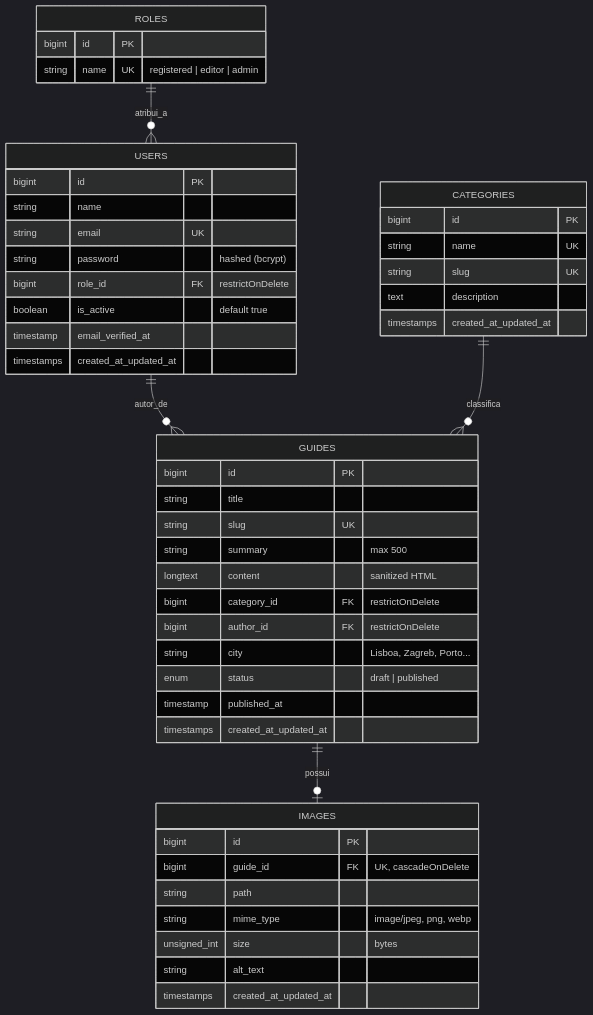
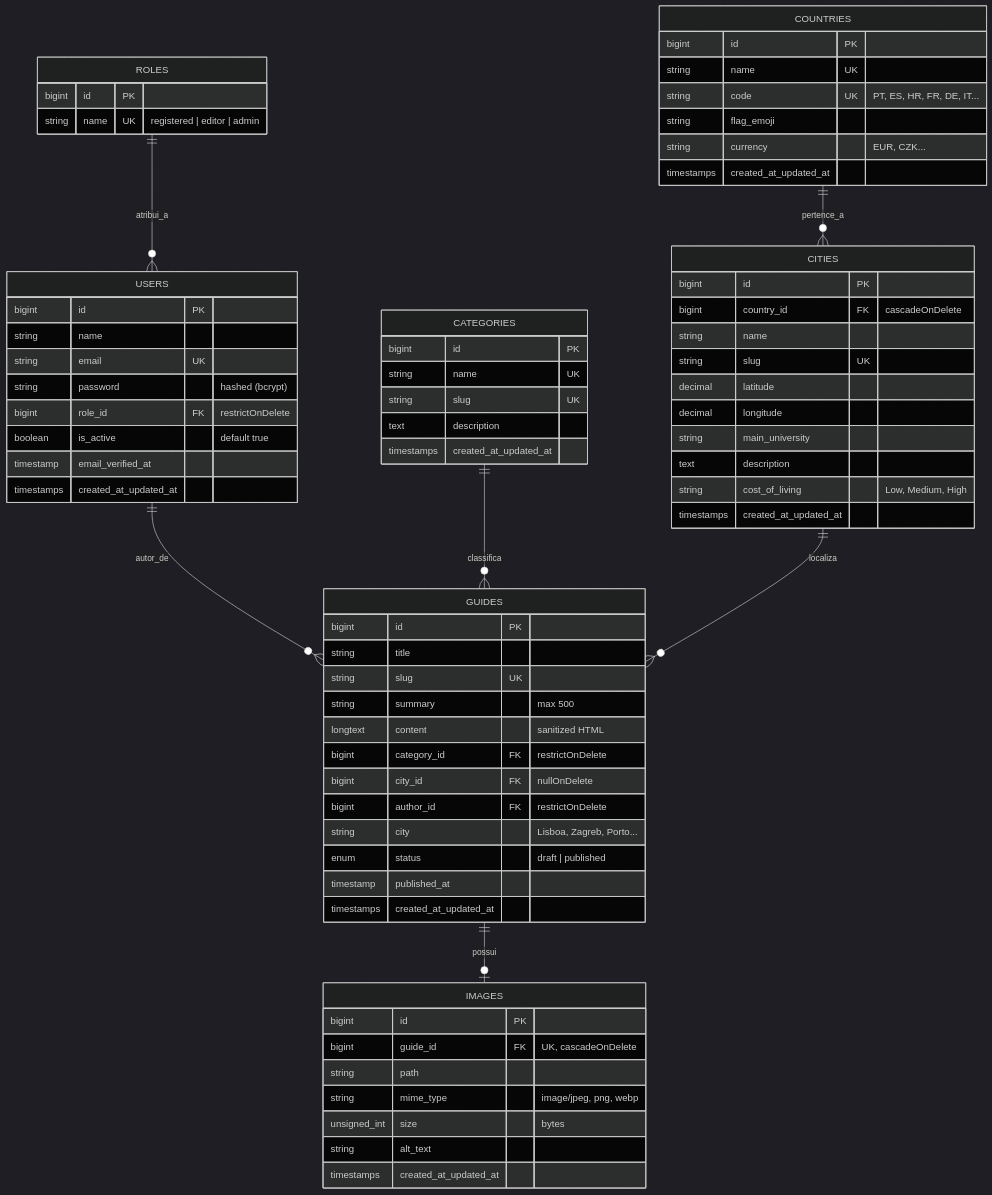
One commit to gfneto7/erasmushub changed the diagram in README.md. Above: the diagram before and after it, drawn with Mermaid (dark theme). The commit also changed other lines of this file and 18 other files, not shown here.

````diff
--- a/README.md
+++ b/README.md
@@ -54,55 +54,80 @@
 ```mermaid
 erDiagram
     ROLES ||--o{ USERS : "atribui_a"
     USERS ||--o{ GUIDES : "autor_de"
     CATEGORIES ||--o{ GUIDES : "classifica"
+    COUNTRIES ||--o{ CITIES : "pertence_a"
+    CITIES ||--o{ GUIDES : "localiza"
     GUIDES ||--o| IMAGES : "possui"
 
     ROLES {
         bigint id PK
         string name UK "registered | editor | admin"
     }
 
     USERS {
         bigint id PK
         string name
         string email UK
         string password "hashed (bcrypt)"
         bigint role_id FK "restrictOnDelete"
         boolean is_active "default true"
         timestamp email_verified_at
         timestamps created_at_updated_at
     }
 
+    COUNTRIES {
+        bigint id PK
+        string name UK
+        string code UK "PT, ES, HR, FR, DE, IT..."
+        string flag_emoji
+        string currency "EUR, CZK..."
+        timestamps created_at_updated_at
+    }
+
+    CITIES {
+        bigint id PK
+        bigint country_id FK "cascadeOnDelete"
+        string name
+        string slug UK
+        decimal latitude
+        decimal longitude
+        string main_university
+        text description
+        string cost_of_living "Low, Medium, High"
+        timestamps created_at_updated_at
+    }
+
     CATEGORIES {
         bigint id PK
         string name UK
         string slug UK
         text description
         timestamps created_at_updated_at
     }
 
     GUIDES {
         bigint id PK
         string title
         string slug UK
         string summary "max 500"
         longtext content "sanitized HTML"
         bigint category_id FK "restrictOnDelete"
+        bigint city_id FK "nullOnDelete"
         bigint author_id FK "restrictOnDelete"
         string city "Lisboa, Zagreb, Porto..."
         enum status "draft | published"
         timestamp published_at
         timestamps created_at_updated_at
     }
 
     IMAGES {
         bigint id PK
         bigint guide_id FK "UK, cascadeOnDelete"
         string path
         string mime_type "image/jpeg, png, webp"
         unsigned_int size "bytes"
         string alt_text
         timestamps created_at_updated_at
     }
 ```
````
